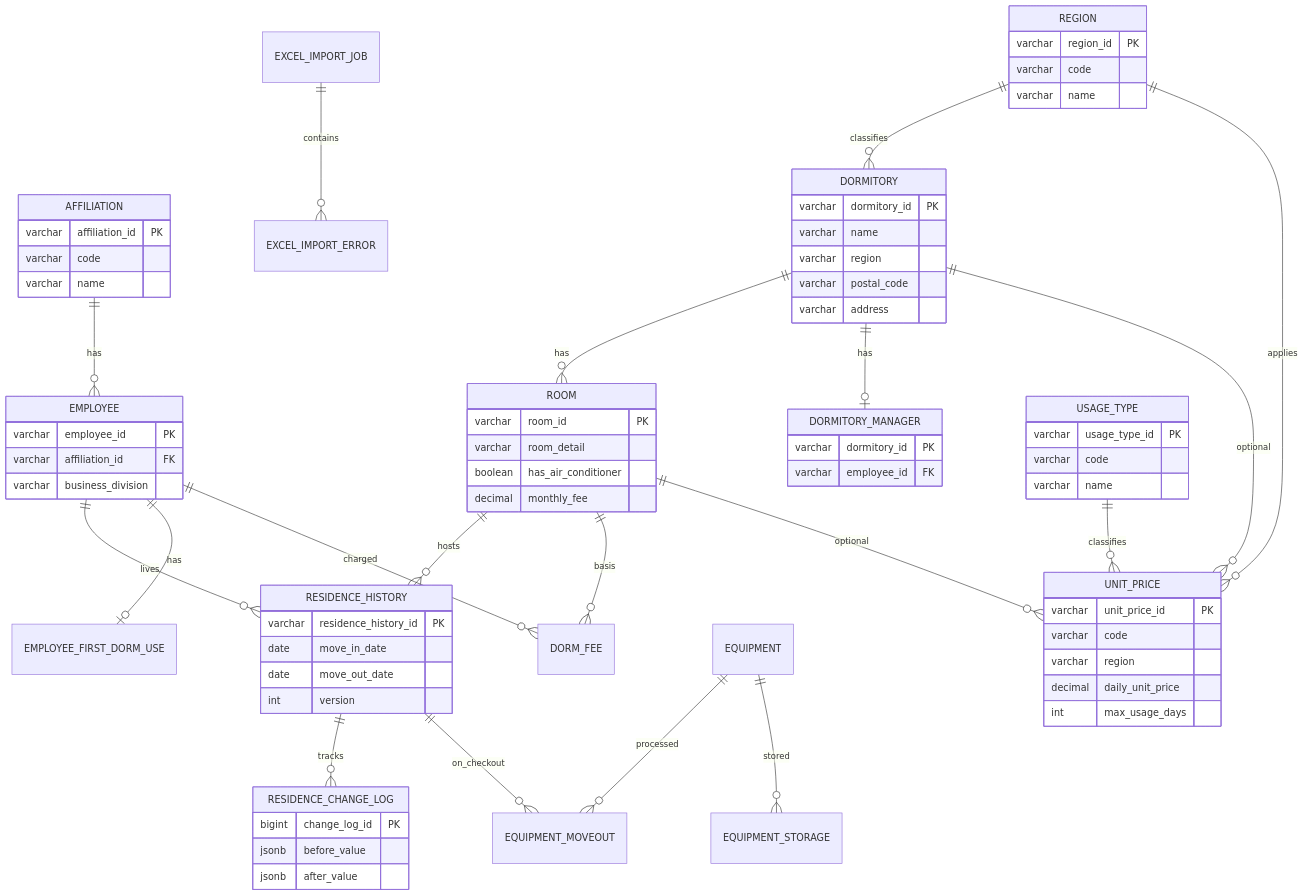
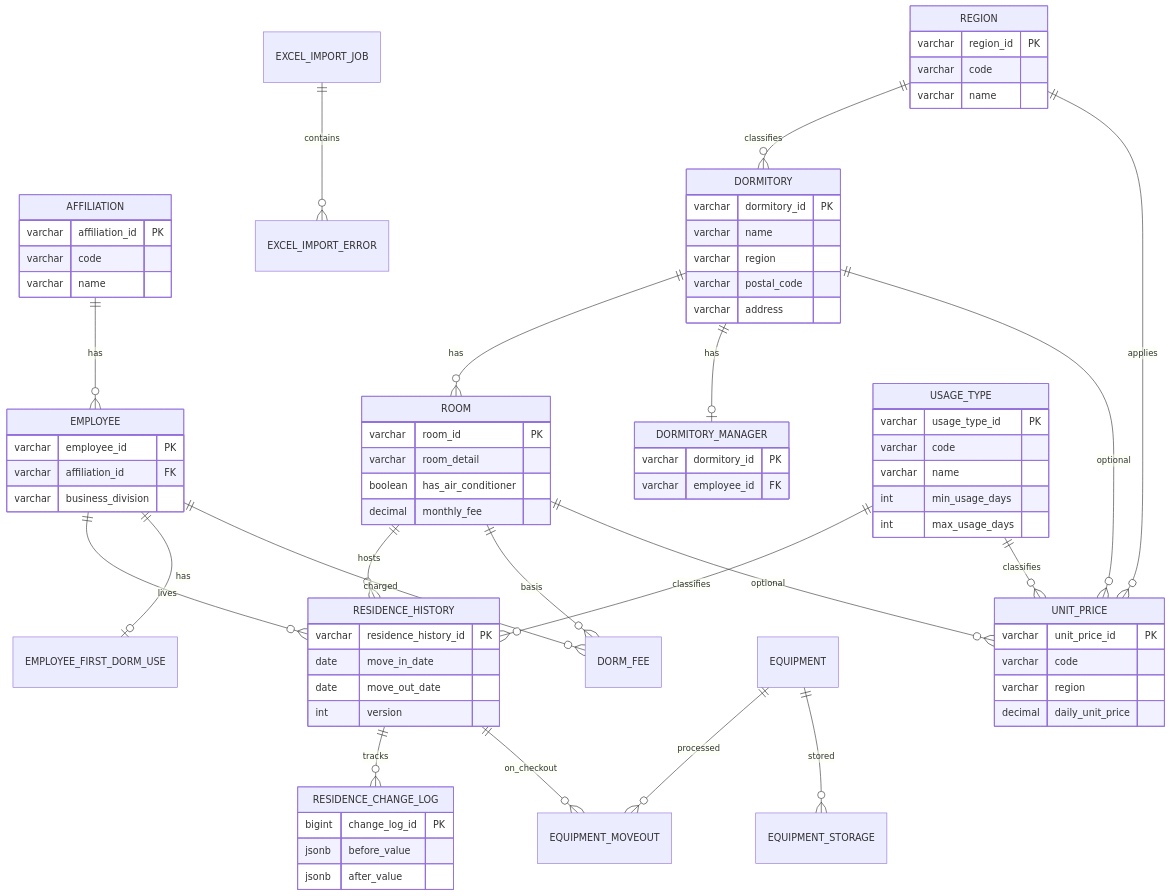
Before and after one commit to brownmantt/dorm_app: the diagram in document/0522_詳細設計書/06_データベース設計.md, drawn with Mermaid. The commit also changed other lines of this file and 119 other files, not shown here.

````diff
--- a/document/0522_詳細設計書/06_データベース設計.md
+++ b/document/0522_詳細設計書/06_データベース設計.md
@@ -9,77 +10,79 @@
 ```mermaid
 erDiagram
     AFFILIATION ||--o{ EMPLOYEE : has
     DORMITORY ||--o{ ROOM : has
     DORMITORY ||--o| DORMITORY_MANAGER : has
     ROOM ||--o{ RESIDENCE_HISTORY : hosts
     EMPLOYEE ||--o{ RESIDENCE_HISTORY : lives
     EMPLOYEE ||--o| EMPLOYEE_FIRST_DORM_USE : has
     EMPLOYEE ||--o{ DORM_FEE : charged
     ROOM ||--o{ DORM_FEE : basis
     RESIDENCE_HISTORY ||--o{ RESIDENCE_CHANGE_LOG : tracks
     EQUIPMENT ||--o{ EQUIPMENT_MOVEOUT : processed
     RESIDENCE_HISTORY ||--o{ EQUIPMENT_MOVEOUT : on_checkout
     EQUIPMENT ||--o{ EQUIPMENT_STORAGE : stored
     EXCEL_IMPORT_JOB ||--o{ EXCEL_IMPORT_ERROR : contains
     REGION ||--o{ DORMITORY : classifies
     REGION ||--o{ UNIT_PRICE : applies
+    USAGE_TYPE ||--o{ RESIDENCE_HISTORY : classifies
     USAGE_TYPE ||--o{ UNIT_PRICE : classifies
     DORMITORY ||--o{ UNIT_PRICE : optional
     ROOM ||--o{ UNIT_PRICE : optional
 
     REGION {
         varchar region_id PK
         varchar code
         varchar name
     }
     USAGE_TYPE {
         varchar usage_type_id PK
         varchar code
         varchar name
+        int min_usage_days
+        int max_usage_days
     }
     UNIT_PRICE {
         varchar unit_price_id PK
         varchar code
         varchar region
         decimal daily_unit_price
-        int max_usage_days
     }
     AFFILIATION {
         varchar affiliation_id PK
         varchar code
         varchar name
     }
     DORMITORY {
         varchar dormitory_id PK
         varchar name
         varchar region
         varchar postal_code
         varchar address
     }
     DORMITORY_MANAGER {
         varchar dormitory_id PK
         varchar employee_id FK
     }
     ROOM {
         varchar room_id PK
         varchar room_detail
         boolean has_air_conditioner
         decimal monthly_fee
     }
     EMPLOYEE {
         varchar employee_id PK
         varchar affiliation_id FK
         varchar business_division
     }
     RESIDENCE_HISTORY {
         varchar residence_history_id PK
         date move_in_date
         date move_out_date
         int version
     }
     RESIDENCE_CHANGE_LOG {
         bigint change_log_id PK
         jsonb before_value
         jsonb after_value
     }
 ```
````
